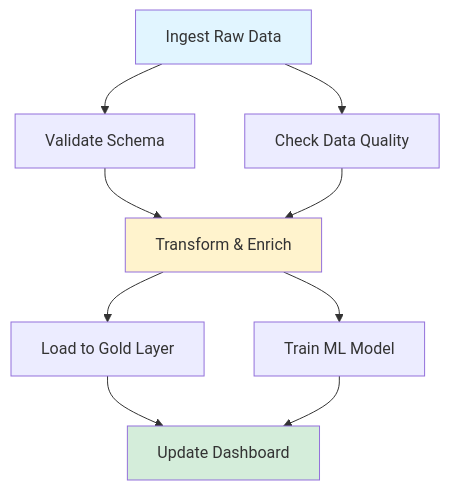
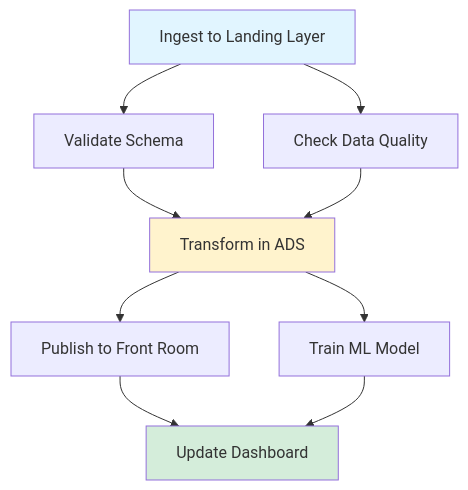
Before and after one commit to PlainsightPro/Vision-Playbook: the second of 6 diagrams in Technical Guideline Ops/Databricks Best-Practices/Databricks Jobs.md, drawn with Mermaid. The commit also changed other lines of this file and 40 other files, not shown here.

````diff
--- a/Technical Guideline Ops/Databricks Best-Practices/Databricks Jobs.md
+++ b/Technical Guideline Ops/Databricks Best-Practices/Databricks Jobs.md
@@ -50,16 +50,16 @@
 ```mermaid
 %%{init: { "flowchart": { "useMaxWidth": true } } }%%
 flowchart TD
-    A[Ingest Raw Data] --> B[Validate Schema]
+    A[Ingest to Landing Layer] --> B[Validate Schema]
     A --> C[Check Data Quality]
-    B --> D[Transform & Enrich]
+    B --> D[Transform in ADS]
     C --> D
-    D --> E[Load to Gold Layer]
+    D --> E[Publish to Front Room]
     D --> F[Train ML Model]
     E --> G[Update Dashboard]
     F --> G
     
     style A fill:#e1f5ff
     style D fill:#fff3cd
     style G fill:#d4edda
 ```
````
